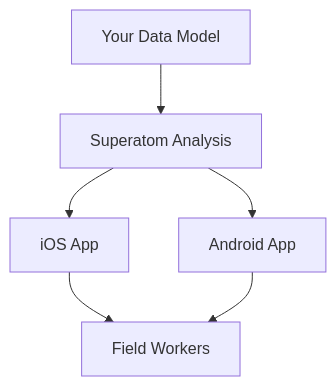
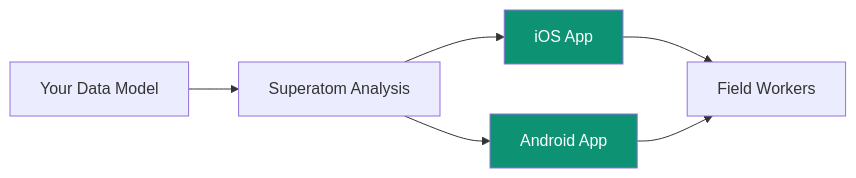
The diagram in platform/mobile-apps.mdx (ashishsuperatom/tech-docs), drawn with Mermaid before and after one commit. The commit also changed other lines of this file and 80 other files, not shown here.

````diff
--- a/platform/mobile-apps.mdx
+++ b/platform/mobile-apps.mdx
@@ -29,9 +33,11 @@
 ```mermaid
-flowchart TD
+flowchart LR
     DATA["Your Data Model"] --> ANALYSIS["Superatom Analysis"]
     ANALYSIS --> IOS["iOS App"]
     ANALYSIS --> ANDROID["Android App"]
     IOS --> USERS["Field Workers"]
     ANDROID --> USERS
 
+    style IOS fill:#0D9373,color:#fff
+    style ANDROID fill:#0D9373,color:#fff
 ```
````
